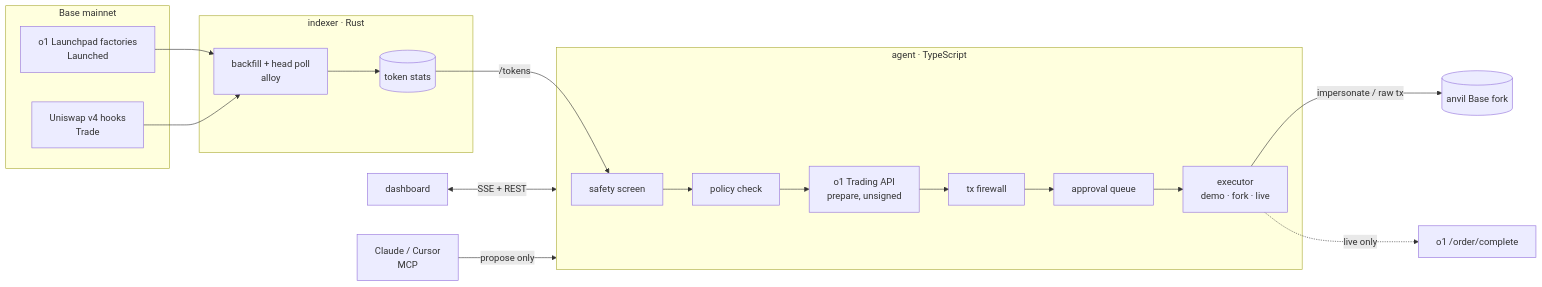
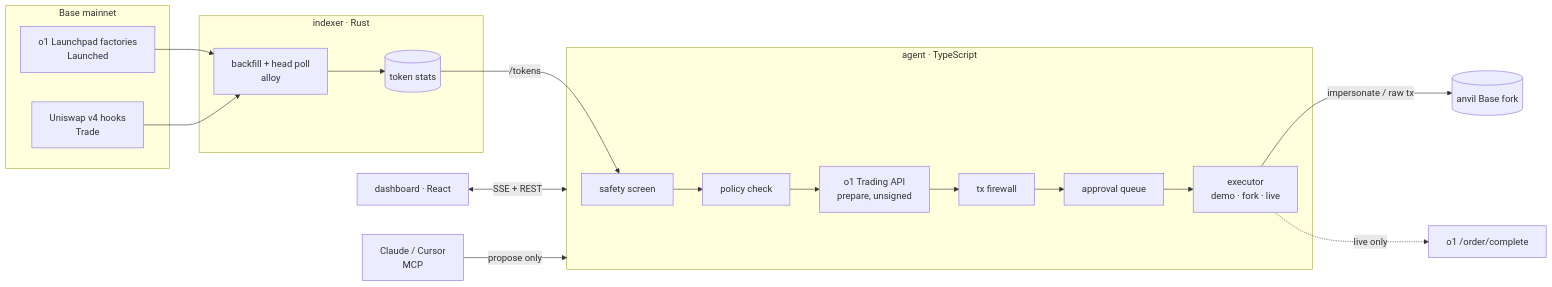
One commit to jog01/o1-agent changed the diagram in docs/ARCHITECTURE.md. Above: the diagram before and after it, drawn with Mermaid. The commit also changed other lines of this file and 8 other files, not shown here.

First line of the commit message:
docs: add per-service docs, flowcharts and a launch-to-fill timeline (#16)

````diff
--- a/docs/ARCHITECTURE.md
+++ b/docs/ARCHITECTURE.md
@@ -3,23 +15,23 @@
 ```mermaid
 flowchart LR
-  subgraph Base mainnet
+  subgraph base [Base mainnet]
     F[o1 Launchpad factories<br/>Launched]
     H[Uniswap v4 hooks<br/>Trade]
   end
   subgraph indexer [indexer · Rust]
     I[backfill + head poll<br/>alloy] --> S[(token stats)]
   end
   subgraph agent [agent · TypeScript]
     R[safety screen] --> P[policy check]
     P --> O[o1 Trading API<br/>prepare, unsigned]
     O --> W[tx firewall]
     W --> Q[approval queue]
     Q --> X[executor<br/>demo · fork · live]
   end
   F & H --> I
   S -- /tokens --> R
   X -- impersonate / raw tx --> K[(anvil Base fork)]
   X -. live only .-> C[o1 /order/complete]
-  D[dashboard] <-- SSE + REST --> agent
+  D[dashboard · React] <-- SSE + REST --> agent
   M[Claude / Cursor<br/>MCP] -- propose only --> agent
 ```
````
